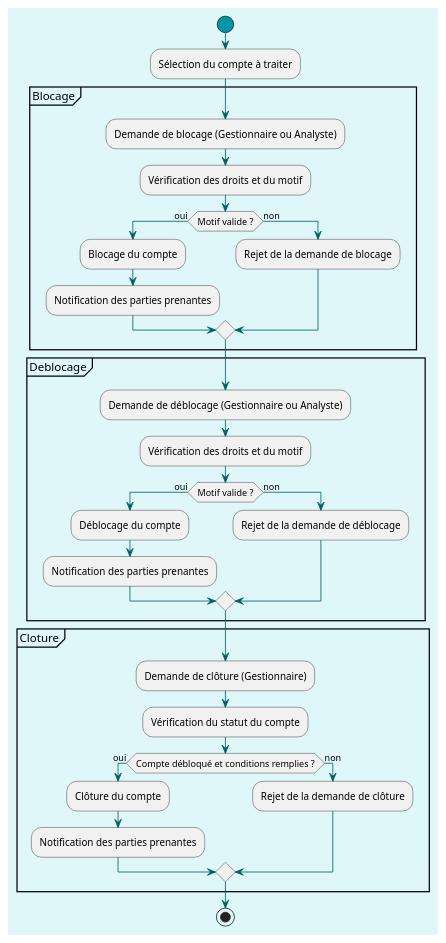
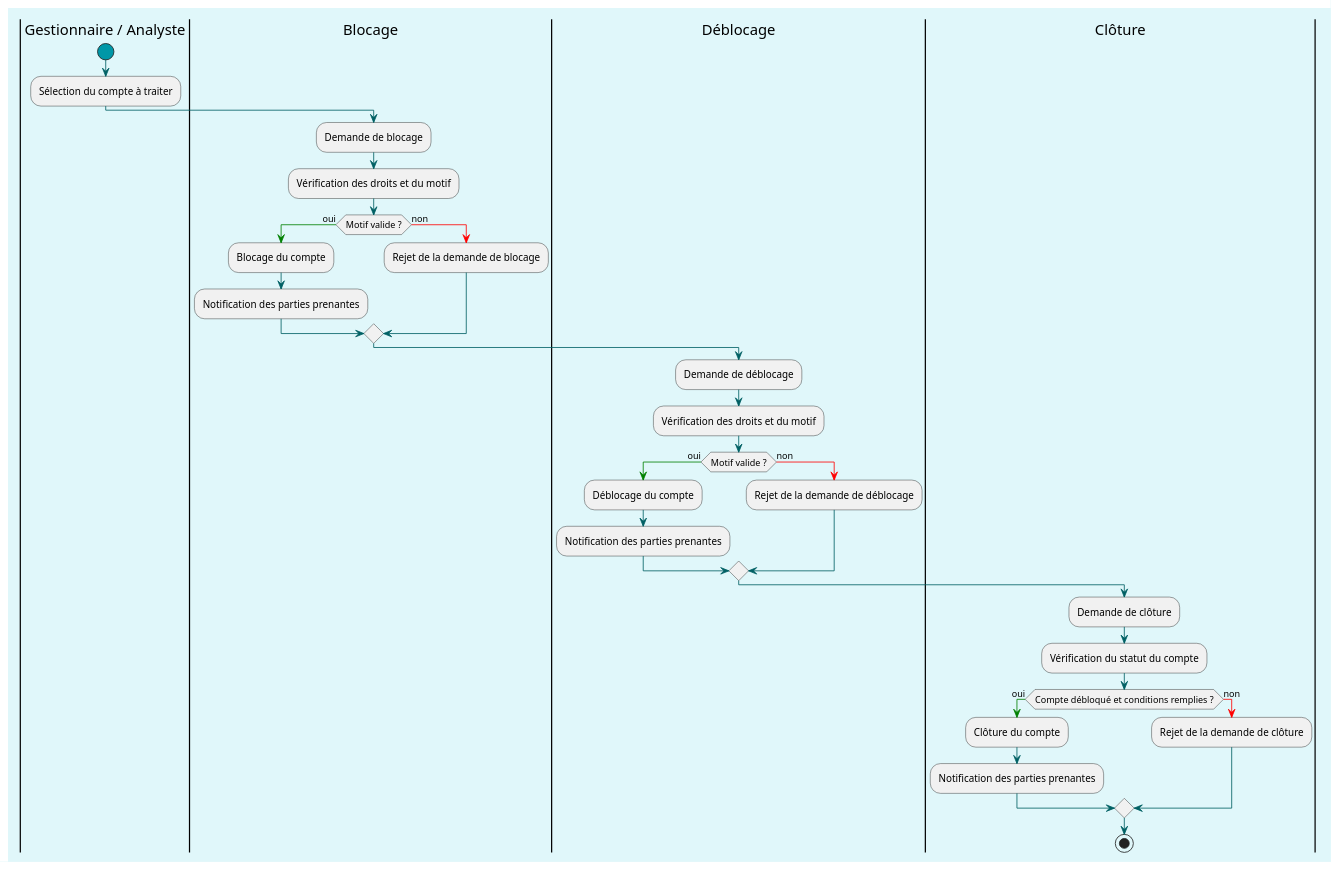
Before and after one commit to caranvalis/diagramePlantUml: the diagram in KYC DIAGRAMME D'ACTIVITÉ/Diagramme Activite Blocage deblocage/DiagrammeActivitéBlocageDeblo.puml, drawn with PlantUML. The commit also changed 4 other files, not shown here.

```diff
--- a/KYC DIAGRAMME D'ACTIVITÉ/Diagramme Activite Blocage deblocage/DiagrammeActivitéBlocageDeblo.puml
+++ b/KYC DIAGRAMME D'ACTIVITÉ/Diagramme Activite Blocage deblocage/DiagrammeActivitéBlocageDeblo.puml
@@ -1,45 +1,52 @@
-@startuml DiagrammeActivitéBlocage/Deblocage
+@startuml DiagrammeActivitéBlocageDeblocage
 skinparam backgroundColor #E0F7FA
 skinparam activity {
     StartColor #0097A7
     EndColor #0097A7
     BarColor #006064
     ArrowColor #006064
 }
+skinparam colorArrowSeparationSpace 1
 
+|Gestionnaire / Analyste|
 start
+:Sélection du compte à traiter;
 
-:Sélection du compte à traiter;
-partition Blocage {
-    :Demande de blocage (Gestionnaire ou Analyste);
-    :Vérification des droits et du motif;
-    if (Motif valide ?) then (oui)
-        :Blocage du compte;
-        :Notification des parties prenantes;
-    else (non)
-        :Rejet de la demande de blocage;
-    endif
-}
-partition Deblocage {
-    :Demande de déblocage (Gestionnaire ou Analyste);
-    :Vérification des droits et du motif;
-    if (Motif valide ?) then (oui)
-        :Déblocage du compte;
-        :Notification des parties prenantes;
-    else (non)
-        :Rejet de la demande de déblocage;
-    endif
-}
-partition Cloture {
-    :Demande de clôture (Gestionnaire);
-    :Vérification du statut du compte;
-    if (Compte débloqué et conditions remplies ?) then (oui)
-        :Clôture du compte;
-        :Notification des parties prenantes;
-    else (non)
-        :Rejet de la demande de clôture;
-    endif
-}
+|Blocage|
+:Demande de blocage;
+:Vérification des droits et du motif;
+if (Motif valide ?) then (oui)
+-[#green]->
+    :Blocage du compte;
+    :Notification des parties prenantes;
+else (non)
+-[#red]->
+    :Rejet de la demande de blocage;
+endif
+
+|Déblocage|
+:Demande de déblocage;
+:Vérification des droits et du motif;
+if (Motif valide ?) then (oui)
+-[#green]->
+    :Déblocage du compte;
+    :Notification des parties prenantes;
+else (non)
+-[#red]->
+    :Rejet de la demande de déblocage;
+endif
+
+|Clôture|
+:Demande de clôture;
+:Vérification du statut du compte;
+if (Compte débloqué et conditions remplies ?) then (oui)
+-[#green]->
+    :Clôture du compte;
+    :Notification des parties prenantes;
+else (non)
+-[#red]->
+    :Rejet de la demande de clôture;
+endif
 
 stop
 @enduml
```
